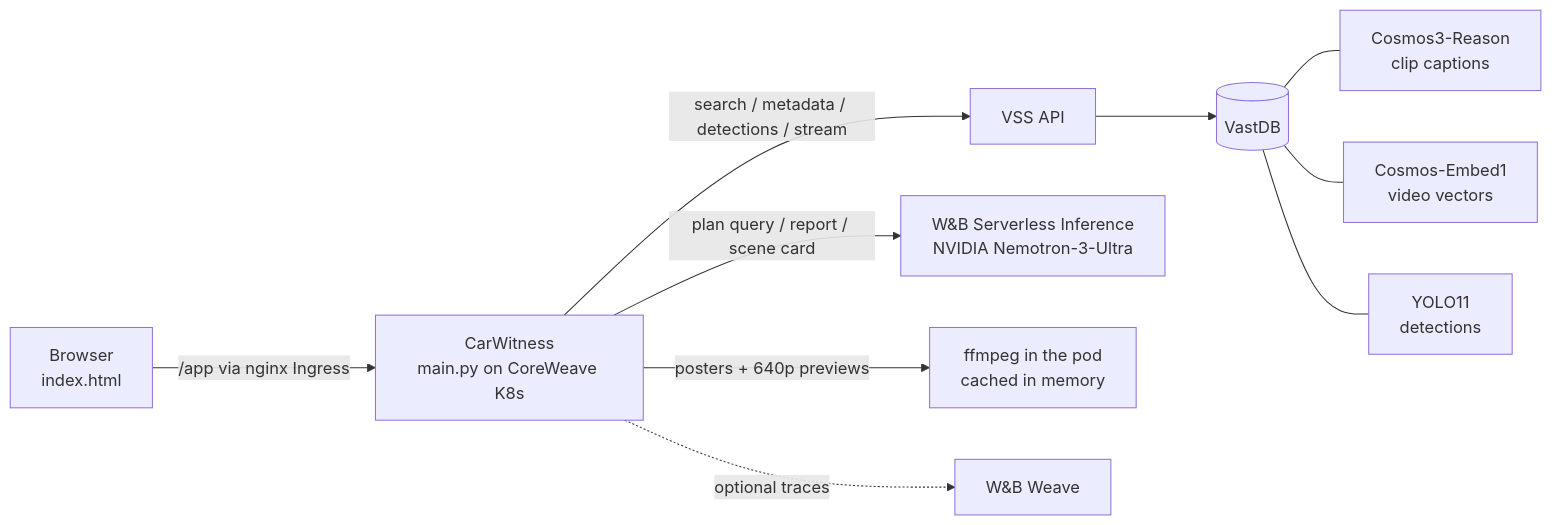
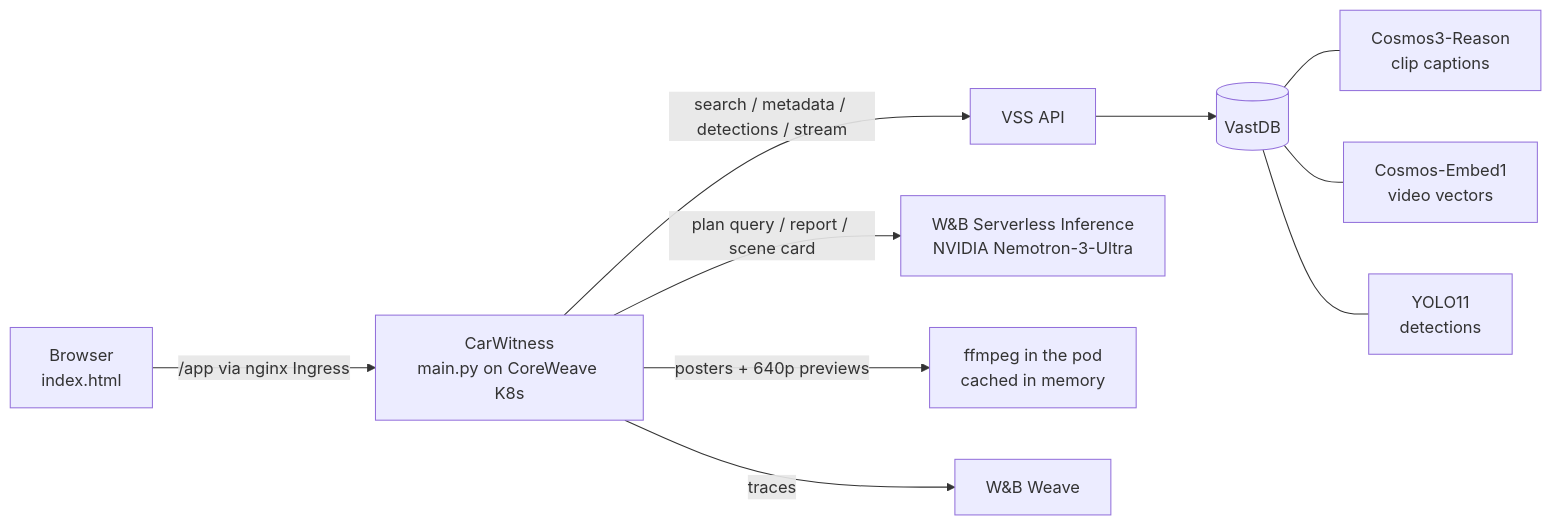
Before and after one commit to Stephen2077/carwitness: the diagram in README.md, drawn with Mermaid. The commit also changed other lines of this file and 1 other file, not shown here.

Commit message:
Docs: W&B Weave tracing is live

````diff
--- a/README.md
+++ b/README.md
@@ -42,12 +42,12 @@
 ```mermaid
 flowchart LR
   B[Browser<br/>index.html] -->|/app via nginx Ingress| C[CarWitness<br/>main.py on CoreWeave K8s]
   C -->|search / metadata / detections / stream| V[VSS API]
   V --> D[(VastDB)]
   D --- R[Cosmos3-Reason<br/>clip captions]
   D --- E[Cosmos-Embed1<br/>video vectors]
   D --- Y[YOLO11<br/>detections]
   C -->|plan query / report / scene card| W[W&B Serverless Inference<br/>NVIDIA Nemotron-3-Ultra]
   C -->|posters + 640p previews| F[ffmpeg in the pod<br/>cached in memory]
-  C -.optional traces.-> WV[W&B Weave]
+  C -->|traces| WV[W&B Weave]
 ```
````
